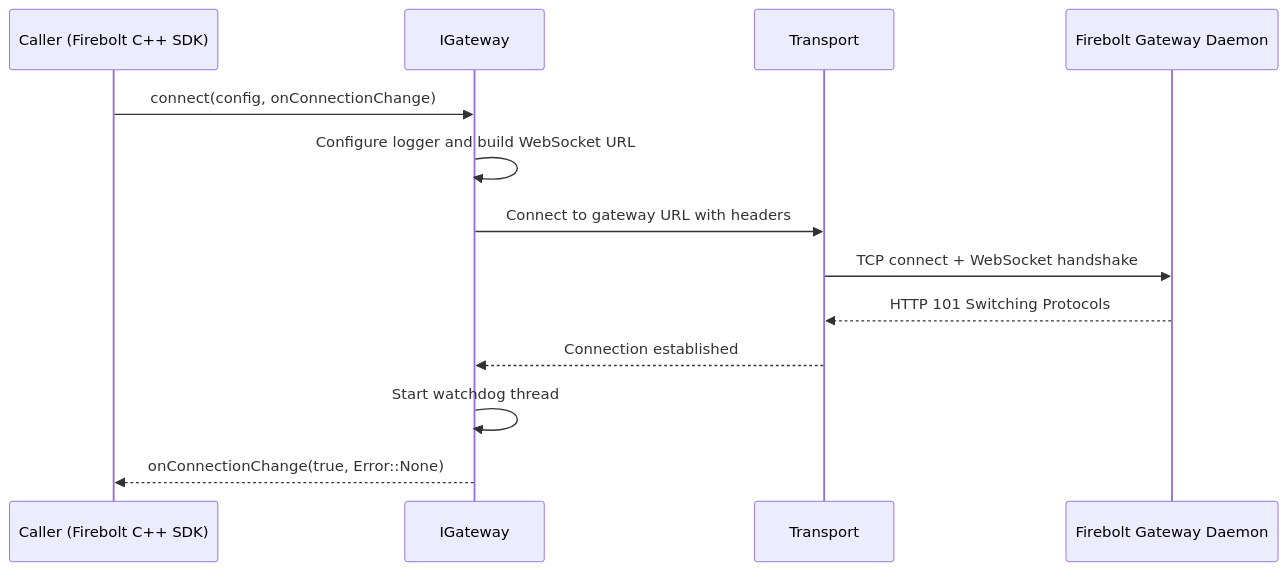
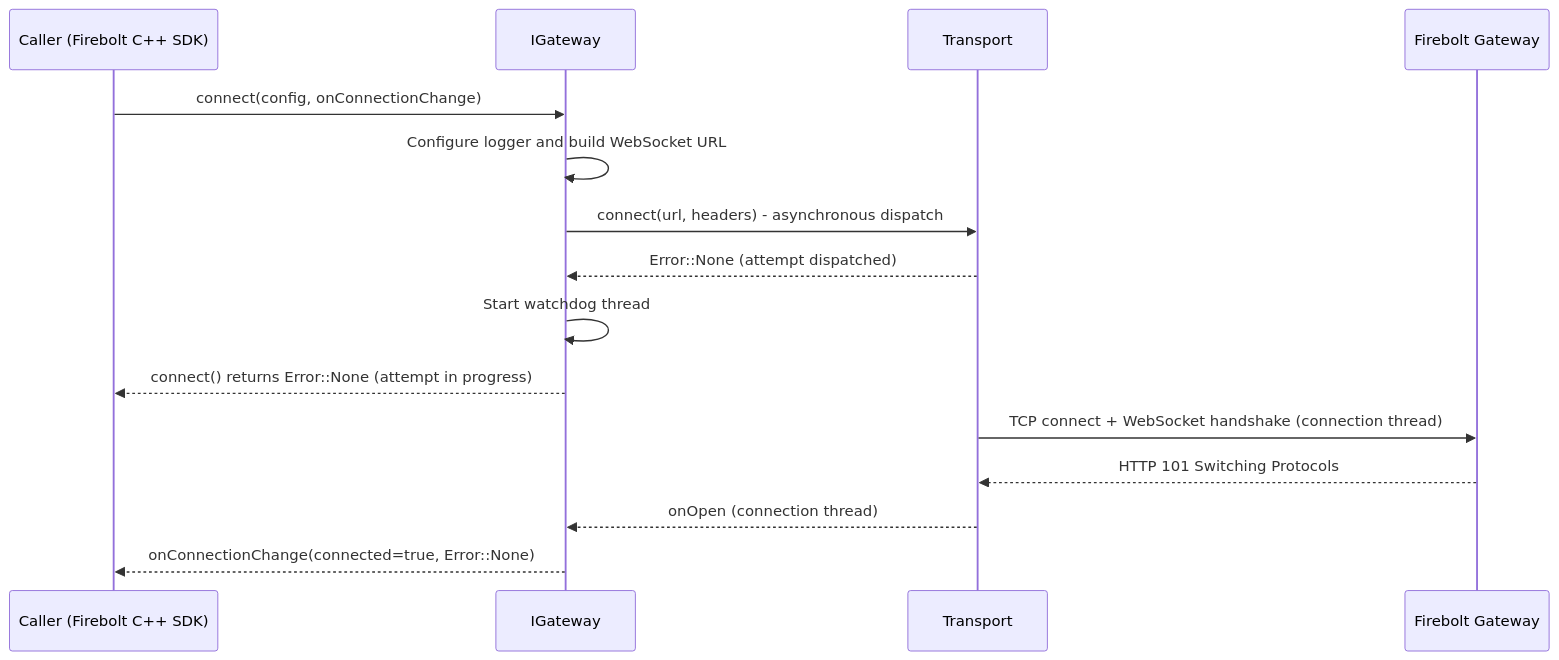
The fourth of 7 diagrams in docs/README.md (rdkcentral/firebolt-cpp-transport), drawn with Mermaid before and after one commit. The commit also changed other lines of this file, not shown here.

````diff
--- a/docs/README.md
+++ b/docs/README.md
@@ -173,16 +163,18 @@
 ```mermaid
 sequenceDiagram
     participant Caller as Caller (Firebolt C++ SDK)
     participant IGW as IGateway
     participant TP as Transport
-    participant FGW as Firebolt Gateway Daemon
+    participant FGW as Firebolt Gateway
 
     Caller->>IGW: connect(config, onConnectionChange)
     IGW->>IGW: Configure logger and build WebSocket URL
-    IGW->>TP: Connect to gateway URL with headers
-    TP->>FGW: TCP connect + WebSocket handshake
+    IGW->>TP: connect(url, headers) - asynchronous dispatch
+    TP-->>IGW: Error::None (attempt dispatched)
+    IGW->>IGW: Start watchdog thread
+    IGW-->>Caller: connect() returns Error::None (attempt in progress)
+    TP->>FGW: TCP connect + WebSocket handshake (connection thread)
     FGW-->>TP: HTTP 101 Switching Protocols
-    TP-->>IGW: Connection established
-    IGW->>IGW: Start watchdog thread
-    IGW-->>Caller: onConnectionChange(true, Error::None)
+    TP-->>IGW: onOpen (connection thread)
+    IGW-->>Caller: onConnectionChange(connected=true, Error::None)
 ```
````
